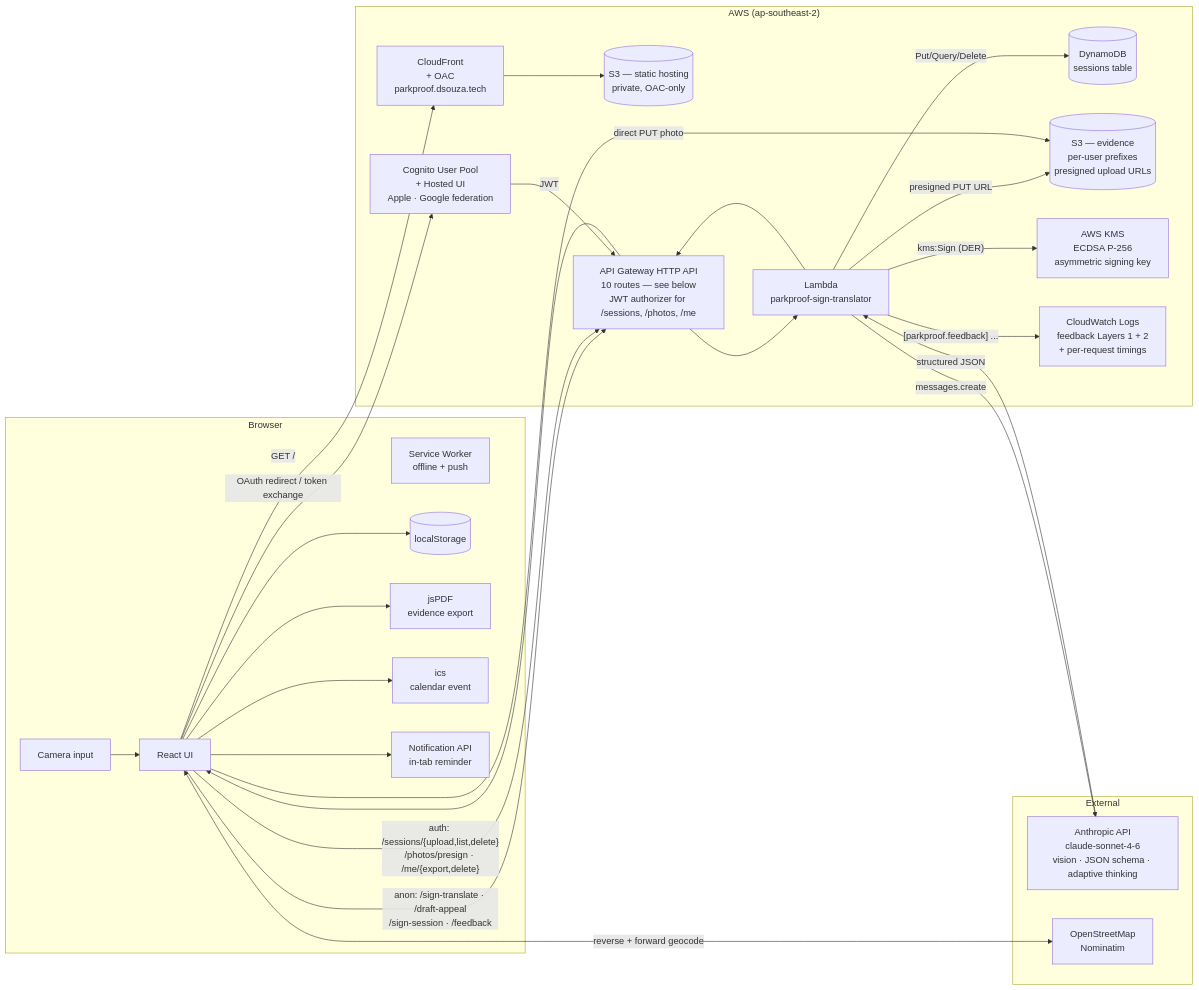
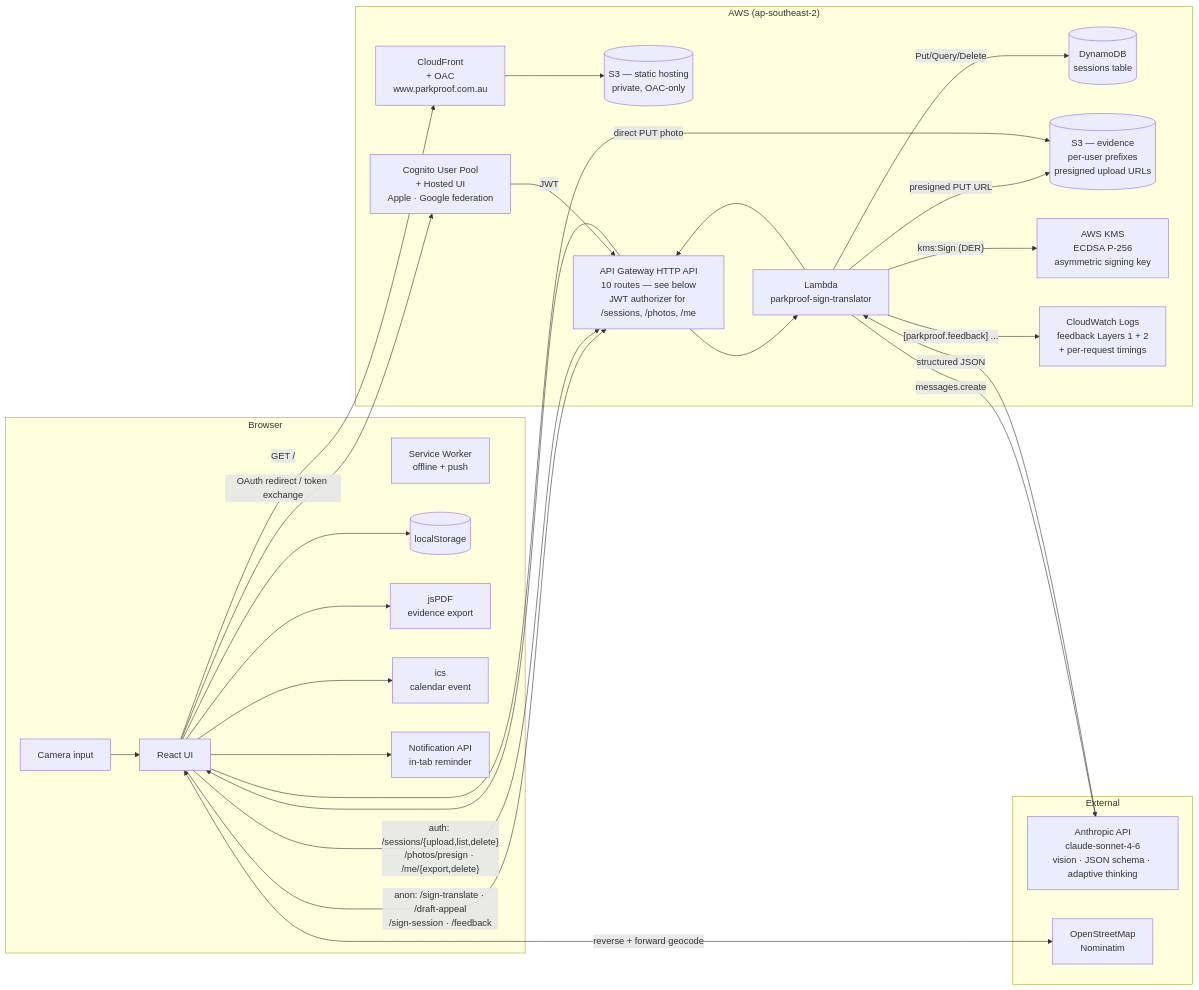
The diagram in README.md (melroyds/parkproof), drawn with Mermaid before and after one commit. The commit also changed other lines of this file and 8 other files, not shown here.

First line of the commit message:
docs: sweep all dsouza.tech references to www.parkproof.com.au

````diff
--- a/README.md
+++ b/README.md
@@ -119,48 +119,48 @@
 ```mermaid
 flowchart LR
   subgraph Browser
     Cam[Camera input]
     UI[React UI]
     SW[Service Worker<br/>offline + push]
     LS[(localStorage)]
     PDF[jsPDF<br/>evidence export]
     ICS[ics<br/>calendar event]
     Notif[Notification API<br/>in-tab reminder]
   end
 
   subgraph AWS["AWS (ap-southeast-2)"]
-    CF[CloudFront<br/>+ OAC<br/>parkproof.dsouza.tech]
+    CF[CloudFront<br/>+ OAC<br/>www.parkproof.com.au]
     S3App[(S3 — static hosting<br/>private, OAC-only)]
     APIGW[API Gateway HTTP API<br/>10 routes — see below<br/>JWT authorizer for /sessions, /photos, /me]
     Lambda[Lambda<br/>parkproof-sign-translator]
     Cog[Cognito User Pool<br/>+ Hosted UI<br/>Apple · Google federation]
     DDB[(DynamoDB<br/>sessions table)]
     S3Ev[(S3 — evidence<br/>per-user prefixes<br/>presigned upload URLs)]
     KMS[AWS KMS<br/>ECDSA P-256<br/>asymmetric signing key]
     Logs[CloudWatch Logs<br/>feedback Layers 1 + 2<br/>+ per-request timings]
   end
 
   subgraph External
     Claude[Anthropic API<br/>claude-sonnet-4-6<br/>vision · JSON schema · adaptive thinking]
     Nom[OpenStreetMap<br/>Nominatim]
   end
 
   Cam --> UI
   UI -- "GET /" --> CF --> S3App
   UI -- "anon: /sign-translate · /draft-appeal<br/>/sign-session · /feedback" --> APIGW --> Lambda
   UI -- "auth: /sessions/{upload,list,delete}<br/>/photos/presign · /me/{export,delete}" --> APIGW
   UI -- "OAuth redirect / token exchange" --> Cog
   Cog -- "JWT" --> APIGW
   Lambda -- "messages.create" --> Claude
   Claude -- "structured JSON" --> Lambda --> APIGW --> UI
   Lambda -- "kms:Sign (DER)" --> KMS
   Lambda -- "Put/Query/Delete" --> DDB
   Lambda -- "presigned PUT URL" --> S3Ev
   UI -- "direct PUT photo" --> S3Ev
   Lambda -- "[parkproof.feedback] ..." --> Logs
   UI <-- "reverse + forward geocode" --> Nom
   UI --> LS
   UI --> PDF
   UI --> ICS
   UI --> Notif
 ```
````
